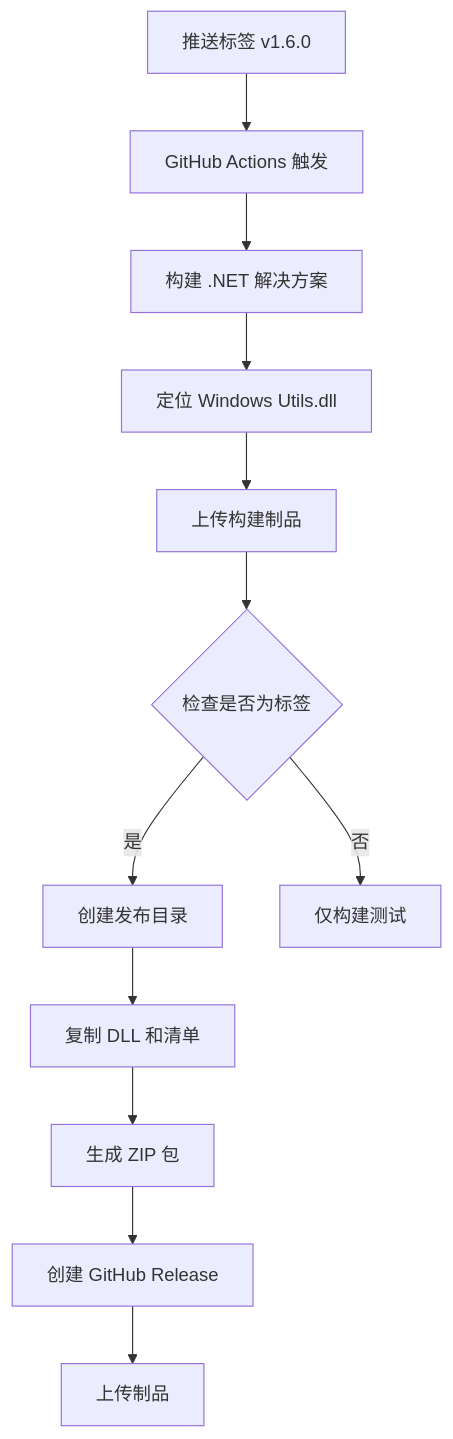
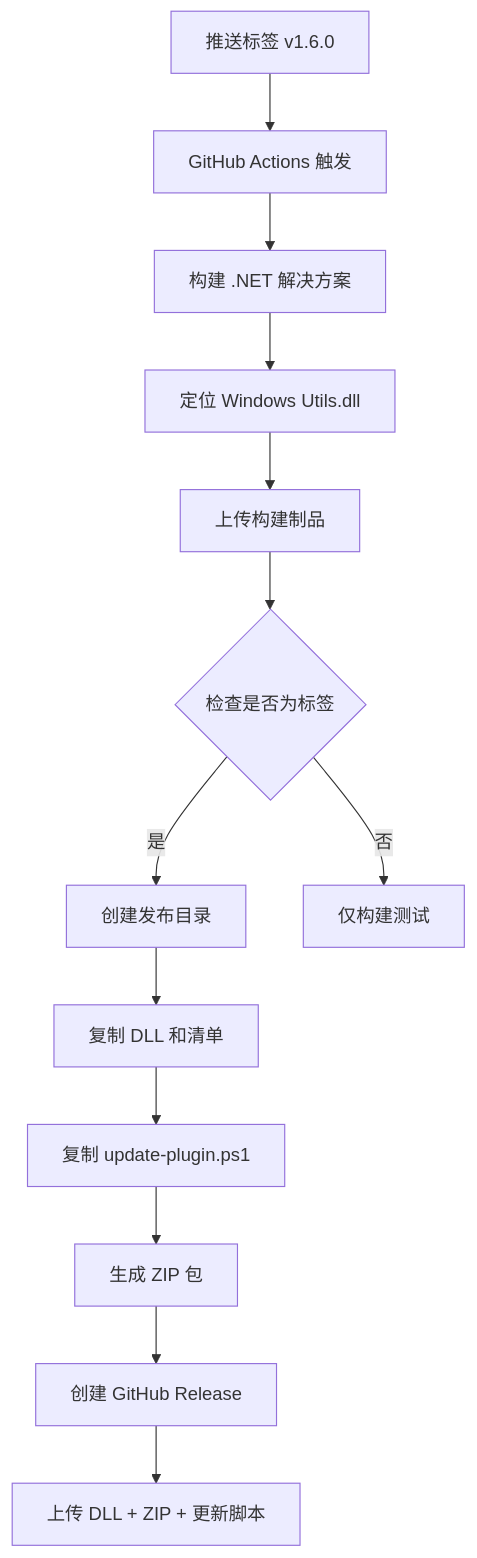
One commit to tea4go/Macro-Deck-Windows-Utils-Plugin changed the eighth of 8 diagrams in .qoder/repowiki/zh/content/贡献指南.md. Above: the diagram before and after it, drawn with Mermaid. The commit also changed other lines of this file and 15 other files, not shown here.

````diff
--- a/.qoder/repowiki/zh/content/贡献指南.md
+++ b/.qoder/repowiki/zh/content/贡献指南.md
@@ -339,14 +412,15 @@
 ```mermaid
 flowchart TD
 A["推送标签 v1.6.0"] --> B["GitHub Actions 触发"]
 B --> C["构建 .NET 解决方案"]
 C --> D["定位 Windows Utils.dll"]
 D --> E["上传构建制品"]
 E --> F{"检查是否为标签"}
 F --> |是| G["创建发布目录"]
 G --> H["复制 DLL 和清单"]
-H --> I["生成 ZIP 包"]
-I --> J["创建 GitHub Release"]
-J --> K["上传制品"]
-F --> |否| L["仅构建测试"]
+H --> I["复制 update-plugin.ps1"]
+I --> J["生成 ZIP 包"]
+J --> K["创建 GitHub Release"]
+K --> L["上传 DLL + ZIP + 更新脚本"]
+F --> |否| M["仅构建测试"]
 ```
````
